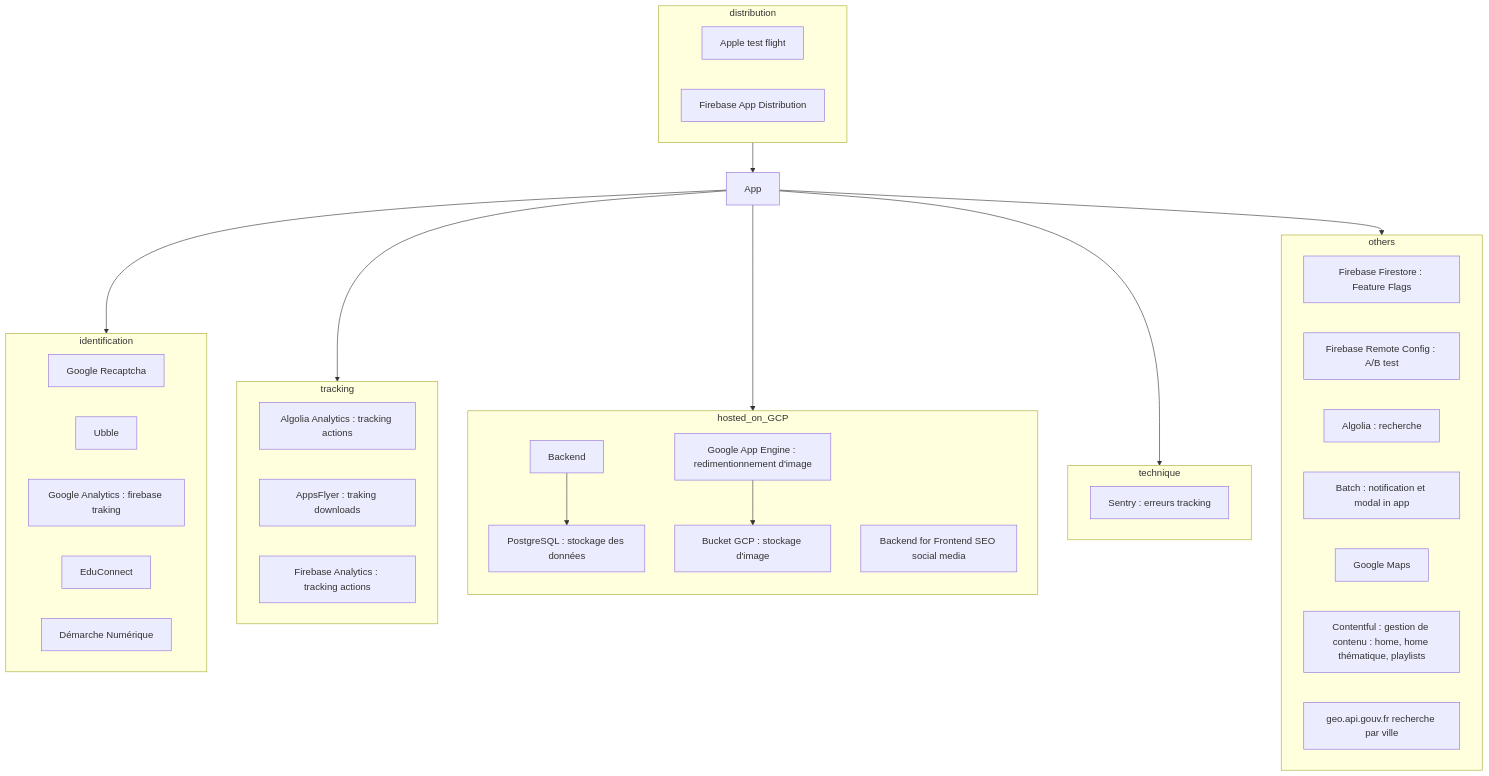
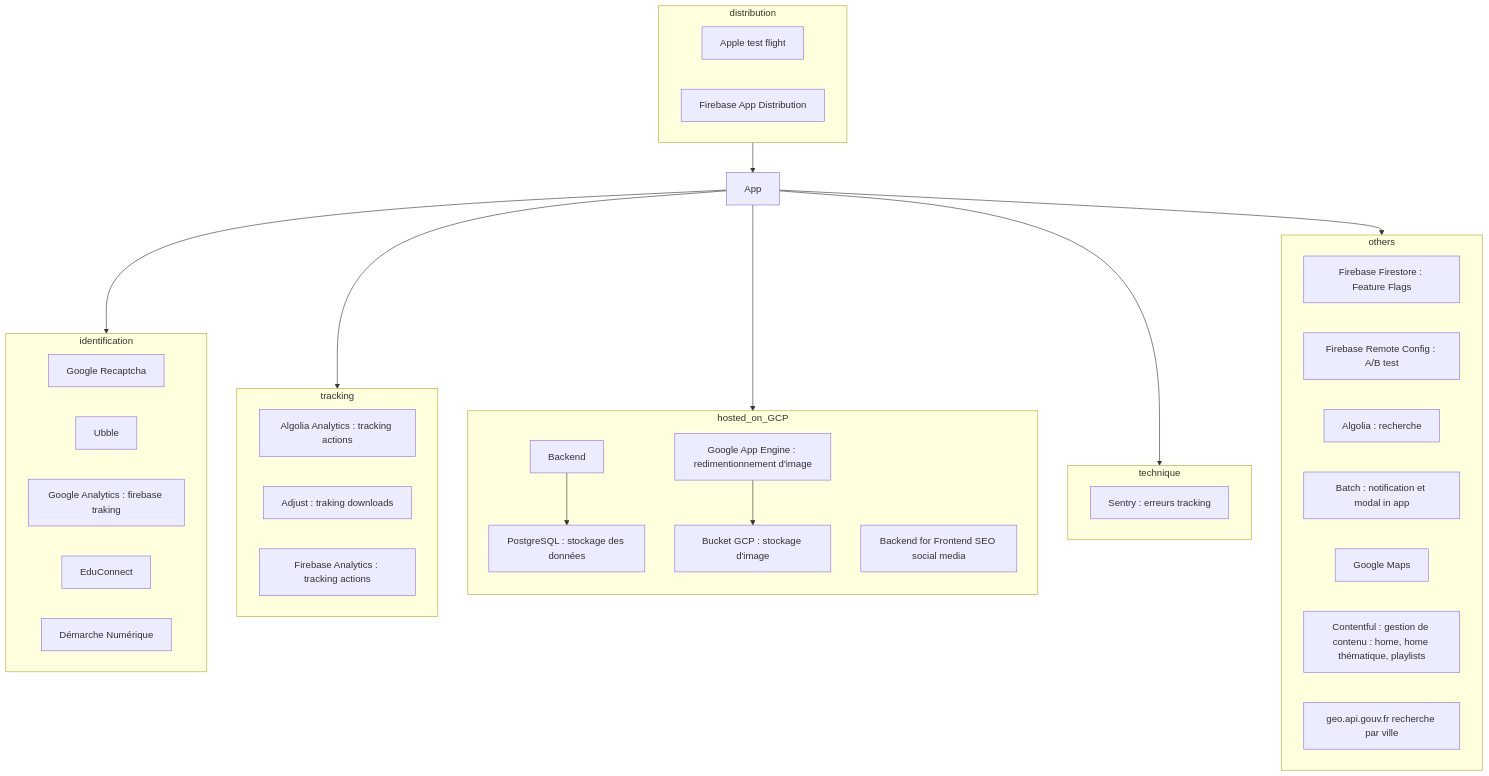
Before and after one commit to pass-culture/pass-culture-app-native: the first of 2 diagrams in doc/architecture/2_input-output-externe.md, drawn with Mermaid. The commit also changed other lines of this file and 66 other files, not shown here.

Commit message:
(PC-39741) chore(Adjust): replace AppsFlyer by Adjust

````diff
--- a/doc/architecture/2_input-output-externe.md
+++ b/doc/architecture/2_input-output-externe.md
@@ -5,42 +5,42 @@
 ```mermaid
 flowchart TB
   App["App"]
   subgraph identification
     Google_Recaptcha["Google Recaptcha"]
     Ubble["Ubble"]
     Google["Google SSO"]
     Educonnect["EduConnect"]
     DMS["Démarche Numérique"]
   end
   subgraph tracking
     Algolia_Analytics["Algolia Analytics : tracking actions"]
-    AppsFlyer["AppsFlyer : traking downloads"]
+    Adjust["Adjust : traking downloads"]
     Firebase_Analytics["Firebase Analytics : tracking actions"]
   end
   subgraph hosted_on_GCP
     direction TB
 
     Backend["Backend"] --> Postgresql["PostgreSQL : stockage des données"]
     image_resize["Google App Engine : redimentionnement d'image"] --> bucket_image["Bucket GCP : stockage d'image"]
     Backend_for_Frontend["Backend for Frontend SEO social media"]
   end
   subgraph technique
     Sentry["Sentry : erreurs tracking"]
   end
   subgraph distribution
     Apple["Apple test flight"]
     Firebase_App_Distribution["Firebase App Distribution"]
   end
   subgraph others
     Firebase_Firestore["Firebase Firestore : Feature Flags"]
     Firebase_Remote_Config["Firebase Remote Config : A/B test"]
     Google["Google Analytics : firebase traking"]
     Algolia["Algolia : recherche"]
     Batch["Batch : notification et modal in app"]
     Google_Maps["Google Maps"]
     Contentful["Contentful : gestion de contenu : home, home thématique, playlists"]
     geo_api_gouv["geo.api.gouv.fr recherche par ville"]
   end
   distribution --> App
   App --> identification & tracking & hosted_on_GCP & technique & others
 ```
````
